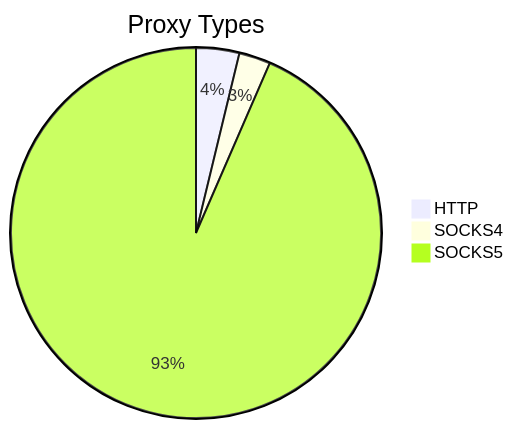
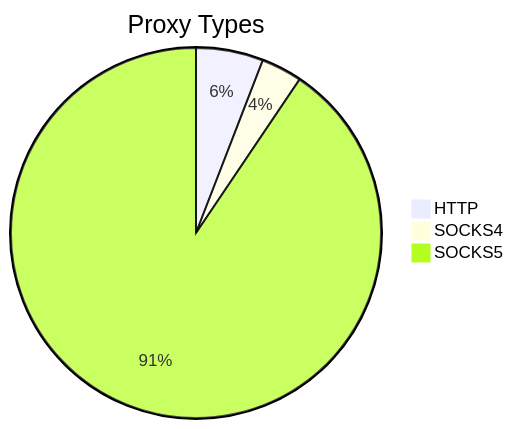
Before and after one commit to stormsia/proxy-list: the first of 2 diagrams in README.md, drawn with Mermaid. The commit also changed other lines of this file, not shown here.

````diff
--- a/README.md
+++ b/README.md
@@ -21,6 +21,6 @@
 ```mermaid
 pie title Proxy Types
-    "HTTP" : 118
-    "SOCKS4" : 86
-    "SOCKS5" : 2924
+    "HTTP" : 97
+    "SOCKS4" : 59
+    "SOCKS5" : 1496
 ```
````
